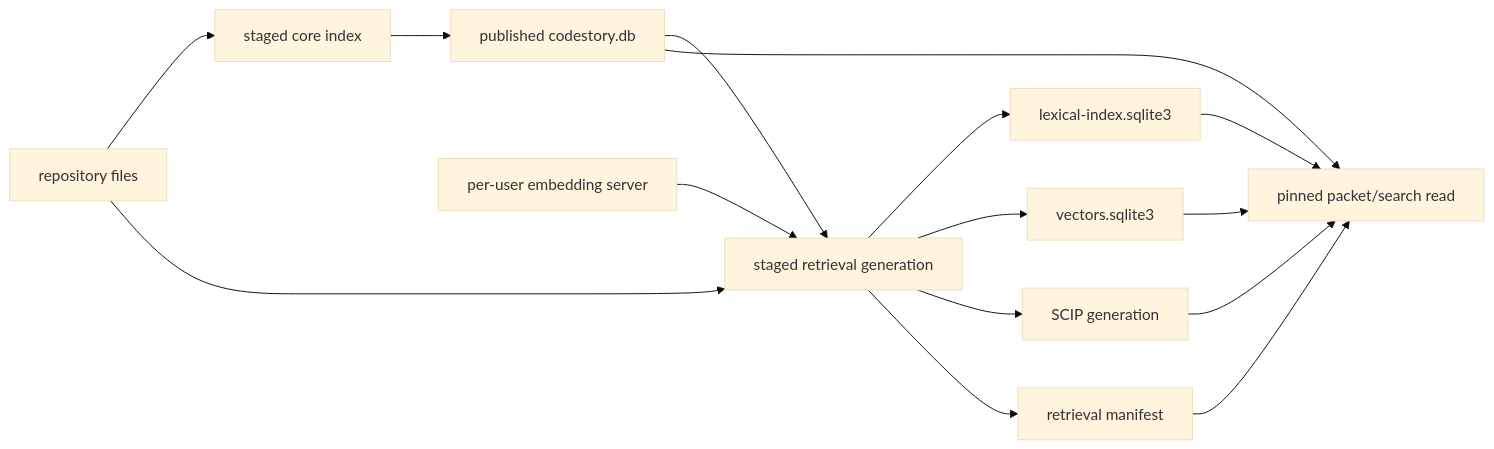
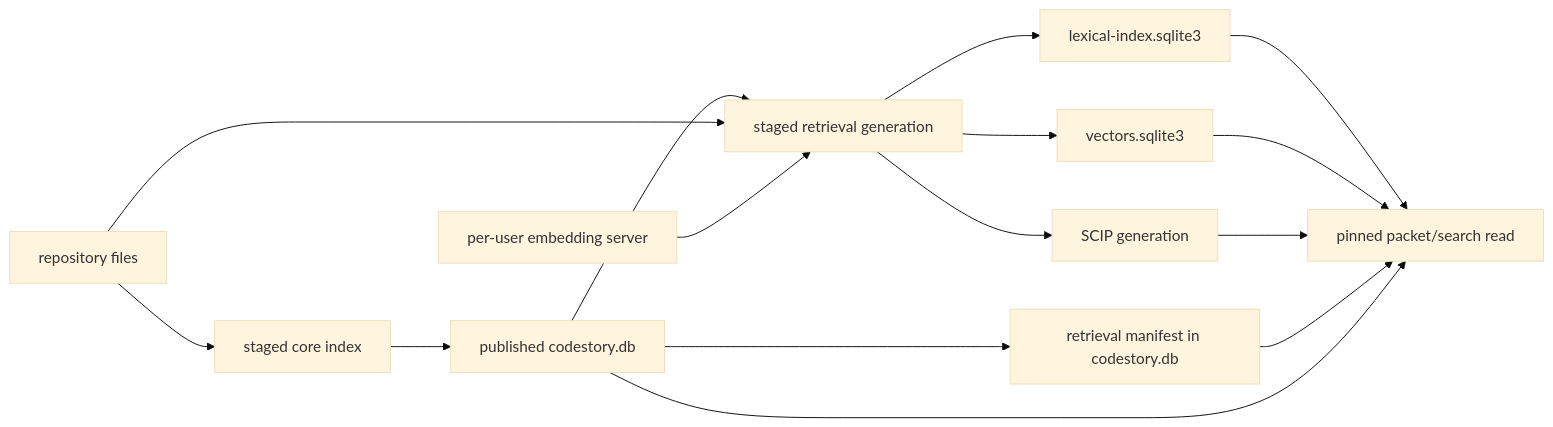
Before and after one commit to TheGreenCedar/CodeStory: the second of 3 diagrams in docs/architecture/overview.md, drawn with Mermaid (base theme). The commit also changed other lines of this file and 59 other files, not shown here.

````diff
--- a/docs/architecture/overview.md
+++ b/docs/architecture/overview.md
@@ -40,17 +41,17 @@
 ```mermaid
 flowchart LR
     Source["repository files"] --> CoreStage["staged core index"]
     CoreStage --> Core["published codestory.db"]
     Core --> RetrievalStage["staged retrieval generation"]
     Source --> RetrievalStage
     Engine["per-user embedding server"] --> RetrievalStage
     RetrievalStage --> Lexical["lexical-index.sqlite3"]
     RetrievalStage --> Vectors["vectors.sqlite3"]
     RetrievalStage --> Scip["SCIP generation"]
-    RetrievalStage --> Manifest["retrieval manifest"]
+    Core --> Manifest["retrieval manifest in codestory.db"]
     Lexical --> Query["pinned packet/search read"]
     Vectors --> Query
     Scip --> Query
     Manifest --> Query
     Core --> Query
 ```
````
